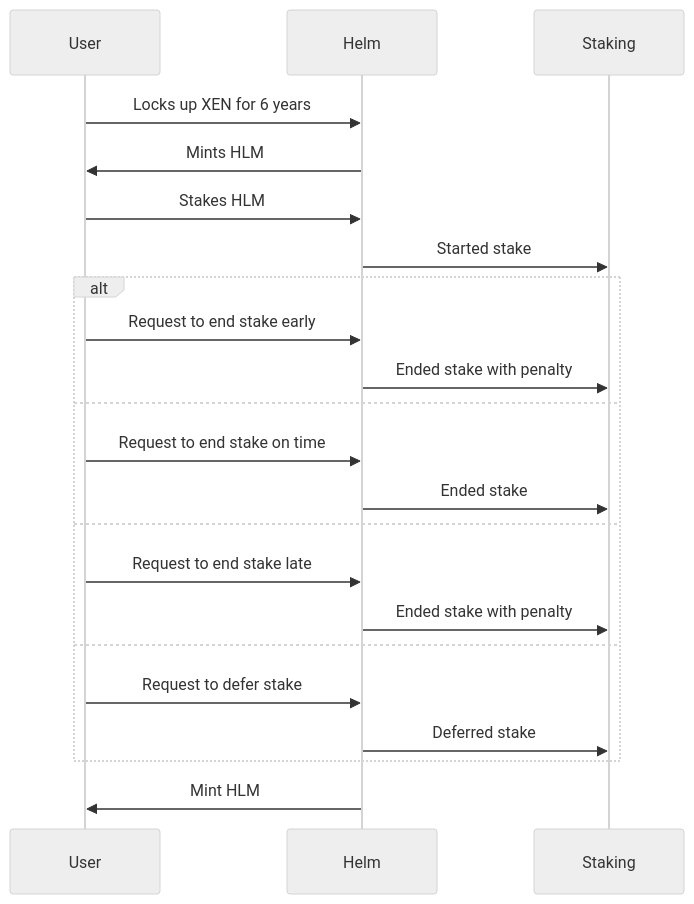
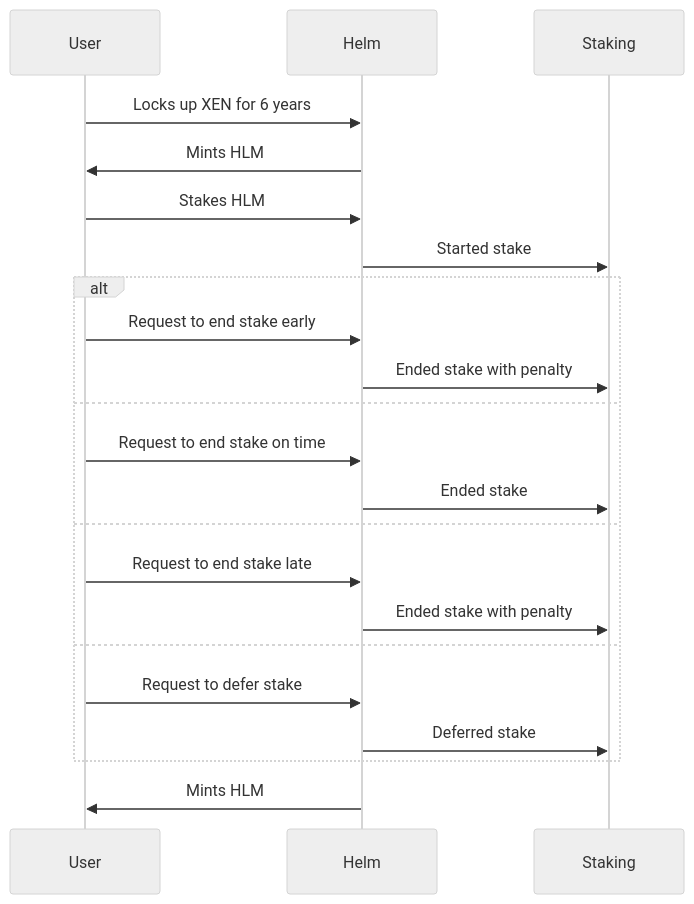
The first of 2 diagrams in architecture.md (helmtoken/docs), drawn with Mermaid (neutral theme) before and after one commit.

Commit message:
GITBOOK-25: change request with no subject merged in GitBook

````diff
--- a/architecture.md
+++ b/architecture.md
@@ -5,21 +5,21 @@
 ```mermaid
 sequenceDiagram
     User->>Helm: Locks up XEN for 6 years
     Helm->>User: Mints HLM
     User->>Helm: Stakes HLM
     Helm->>Staking: Started stake
     alt
         User->>Helm: Request to end stake early
         Helm->>Staking: Ended stake with penalty
     else
         User->>Helm: Request to end stake on time
         Helm->>Staking: Ended stake
     else
         User->>Helm: Request to end stake late
         Helm->>Staking: Ended stake with penalty
     else
         User->>Helm: Request to defer stake
         Helm->>Staking: Deferred stake
     end
-    Helm->>User: Mint HLM
+    Helm->>User: Mints HLM
 ```
````
